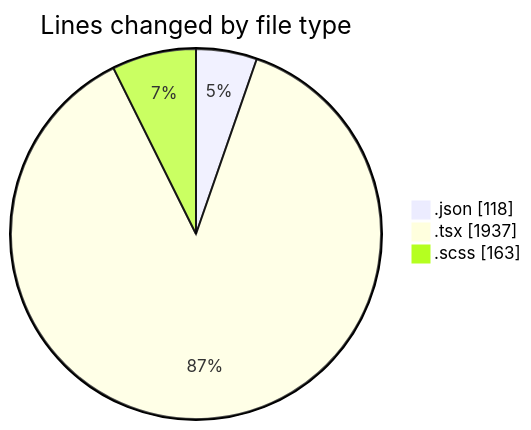
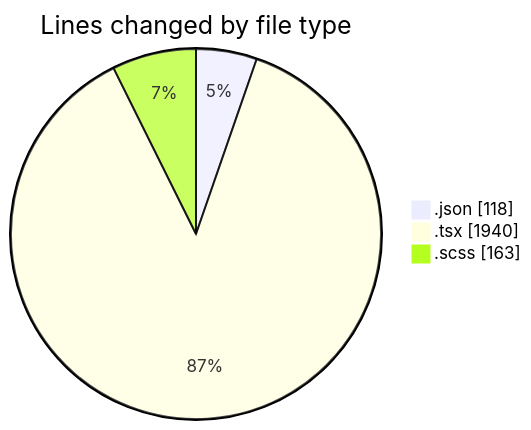
One commit to momahboobian/code-tracking changed the first of 2 diagrams in 2025-11-19/cda/README.md. Above: the diagram before and after it, drawn with Mermaid. The commit also changed other lines of this file and 1 other file, not shown here.

````diff
--- a/2025-11-19/cda/README.md
+++ b/2025-11-19/cda/README.md
@@ -23,7 +23,7 @@
 ```mermaid
 pie showData
 title Lines changed by file type
 ".json" : 118
-".tsx" : 1937
+".tsx" : 1940
 ".scss" : 163
 ```
````
